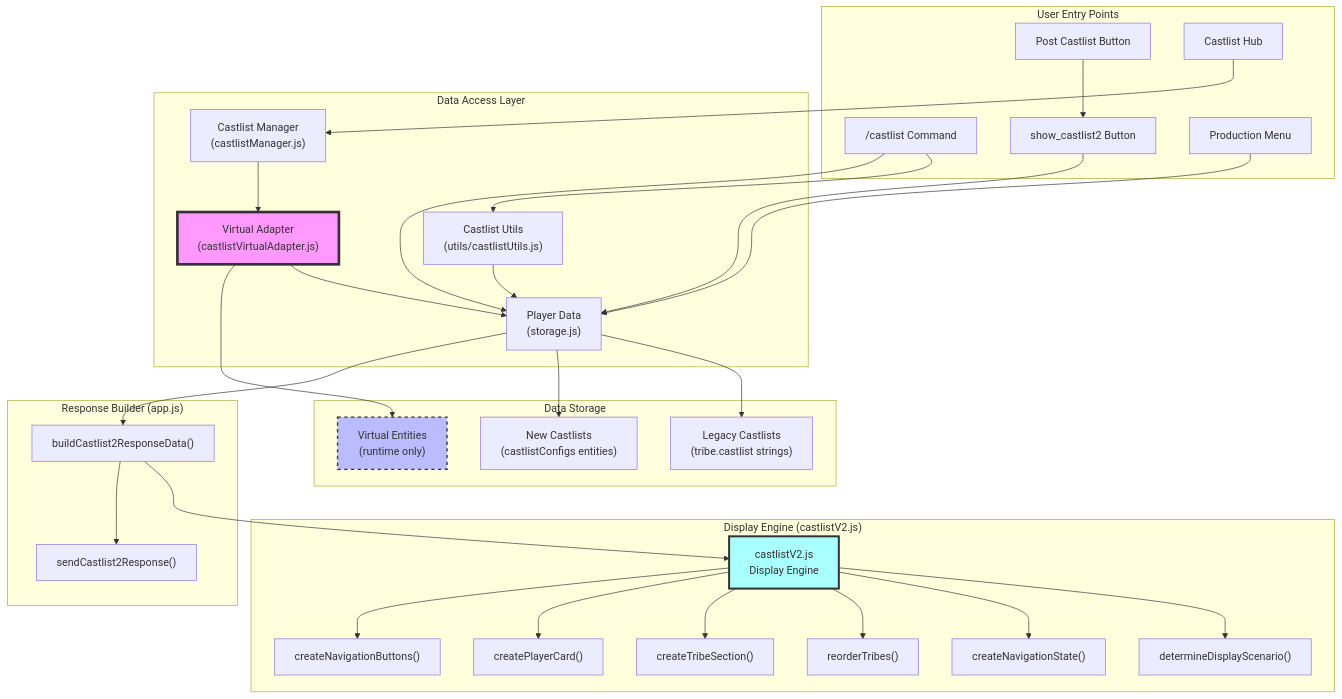
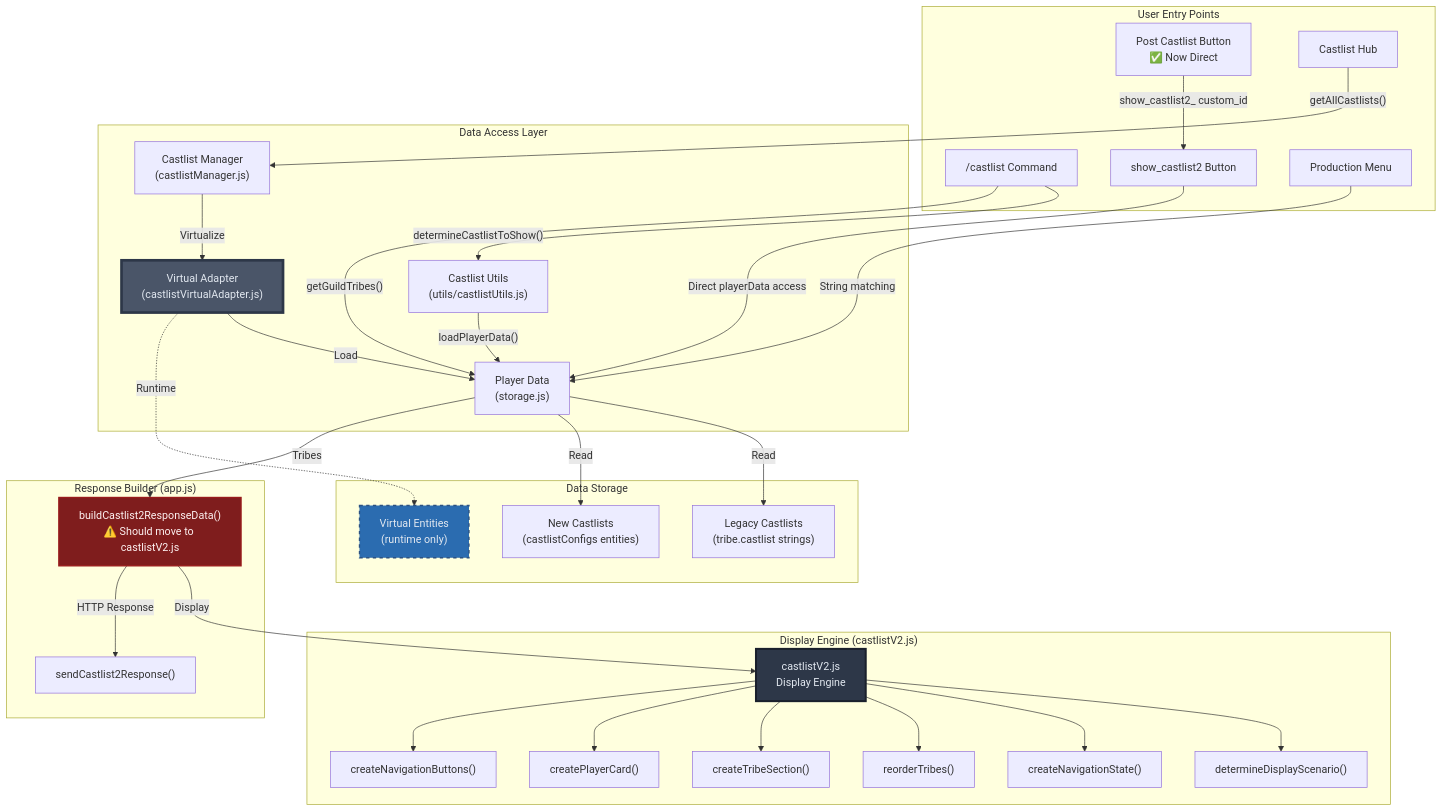
One commit to extremedonkey/castbot changed the first of 11 diagrams in docs/features/CastlistArchitecture.md. Above: the diagram before and after it, drawn with Mermaid. The commit also changed other lines of this file and 1 other file, not shown here.

Commit message:
Update castlist architecture documentation with analysis and recommendations

````diff
--- a/docs/features/CastlistArchitecture.md
+++ b/docs/features/CastlistArchitecture.md
@@ -9,68 +9,69 @@
 ```mermaid
 graph TB
     subgraph "User Entry Points"
         UC["/castlist Command"]
         UB1["show_castlist2 Button"]
-        UB2["Post Castlist Button"]
+        UB2["Post Castlist Button<br/>✅ Now Direct"]
         UH["Castlist Hub"]
         UP["Production Menu"]
     end
 
     subgraph "Data Access Layer"
         VA["Virtual Adapter<br/>(castlistVirtualAdapter.js)"]
         CM["Castlist Manager<br/>(castlistManager.js)"]
         PD["Player Data<br/>(storage.js)"]
         CU["Castlist Utils<br/>(utils/castlistUtils.js)"]
     end
 
     subgraph "Data Storage"
         LC["Legacy Castlists<br/>(tribe.castlist strings)"]
         NC["New Castlists<br/>(castlistConfigs entities)"]
         VE["Virtual Entities<br/>(runtime only)"]
     end
 
     subgraph "Display Engine (castlistV2.js)"
         CV2["castlistV2.js<br/>Display Engine"]
         DDS["determineDisplayScenario()"]
         CNS["createNavigationState()"]
         RT["reorderTribes()"]
         CTS["createTribeSection()"]
         CPC["createPlayerCard()"]
         CNB["createNavigationButtons()"]
     end
 
     subgraph "Response Builder (app.js)"
-        BCD["buildCastlist2ResponseData()"]
+        BCD["buildCastlist2ResponseData()<br/>⚠️ Should move to castlistV2.js"]
         SRC["sendCastlist2Response()"]
     end
 
-    UC --> CU
-    UC --> PD
-    UB1 --> PD
-    UB2 --> UB1
-    UH --> CM
-    UP --> PD
+    UC -->|"determineCastlistToShow()"| CU
+    UC -->|"getGuildTribes()"| PD
+    UB1 -->|"Direct playerData access"| PD
+    UB2 -->|"show_castlist2_ custom_id"| UB1
+    UH -->|"getAllCastlists()"| CM
+    UP -->|"String matching"| PD
 
-    CM --> VA
-    VA --> PD
-    VA --> VE
-    CU --> PD
+    CM -->|"Virtualize"| VA
+    VA -->|"Load"| PD
+    VA -.->|"Runtime"| VE
+    CU -->|"loadPlayerData()"| PD
 
-    PD --> LC
-    PD --> NC
+    PD -->|"Read"| LC
+    PD -->|"Read"| NC
 
-    PD --> BCD
-    BCD --> CV2
+    PD -->|"Tribes"| BCD
+    BCD -->|"Display"| CV2
     CV2 --> DDS
     CV2 --> CNS
     CV2 --> RT
     CV2 --> CTS
     CV2 --> CPC
     CV2 --> CNB
 
-    BCD --> SRC
+    BCD -->|"HTTP Response"| SRC
 
-    style VA fill:#f9f,stroke:#333,stroke-width:4px
-    style VE fill:#bbf,stroke:#333,stroke-width:2px,stroke-dasharray: 5 5
-    style CV2 fill:#aff,stroke:#333,stroke-width:3px
+    style VA fill:#4a5568,stroke:#2d3748,stroke-width:4px,color:#e2e8f0
+    style VE fill:#2b6cb0,stroke:#2c5282,stroke-width:2px,stroke-dasharray: 5 5,color:#e2e8f0
+    style CV2 fill:#2d3748,stroke:#1a202c,stroke-width:3px,color:#e2e8f0
+    style BCD fill:#7f1d1d,stroke:#991b1b,stroke-width:2px,color:#fef2f2
 ```
````
